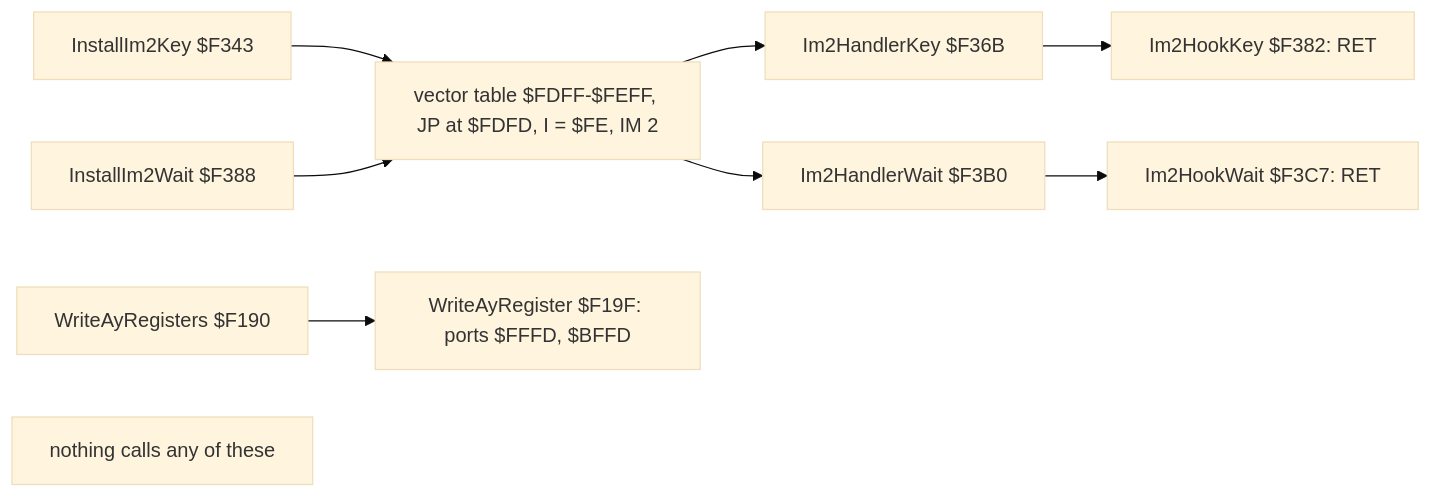
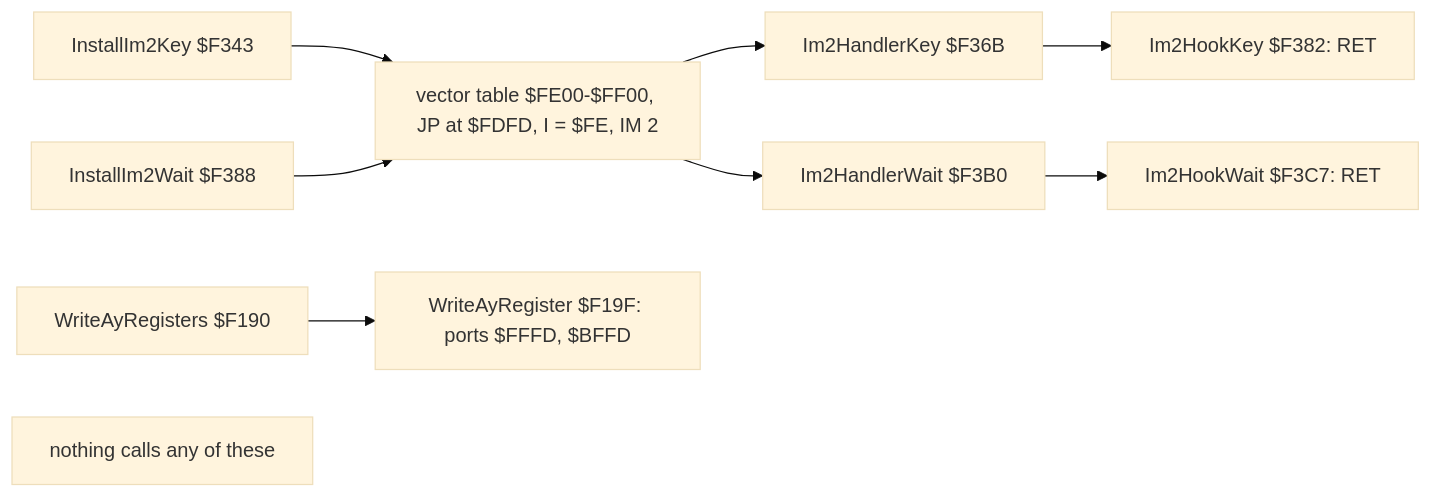
The second of 4 diagrams in games/bumpy/docs/02-architecture.md (alfishe/unrealng-reverse-cases), drawn with Mermaid (base theme) before and after one commit. The commit also changed other lines of this file and 33 other files, not shown here.

````diff
--- a/games/bumpy/docs/02-architecture.md
+++ b/games/bumpy/docs/02-architecture.md
@@ -333,9 +336,9 @@
 ```mermaid
 flowchart LR
-    I1["InstallIm2Key $F343"] --> V["vector table $FDFF-$FEFF, JP at $FDFD, I = $FE, IM 2"]
+    I1["InstallIm2Key $F343"] --> V["vector table $FE00-$FF00, JP at $FDFD, I = $FE, IM 2"]
     I2["InstallIm2Wait $F388"] --> V
     V --> H1["Im2HandlerKey $F36B"] --> K1["Im2HookKey $F382: RET"]
     V --> H2["Im2HandlerWait $F3B0"] --> K2["Im2HookWait $F3C7: RET"]
     W["WriteAyRegisters $F190"] --> R["WriteAyRegister $F19F: ports $FFFD, $BFFD"]
     N["nothing calls any of these"]
 ```
````
